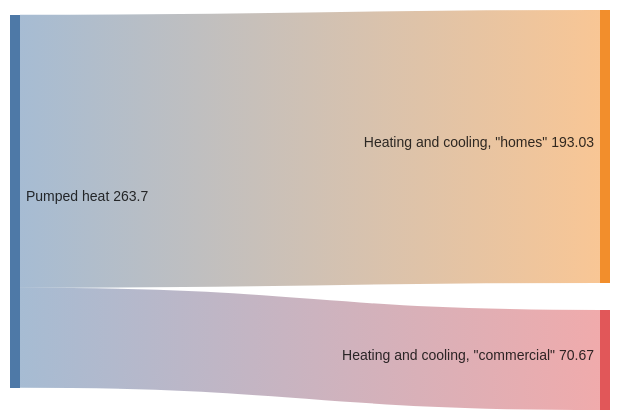
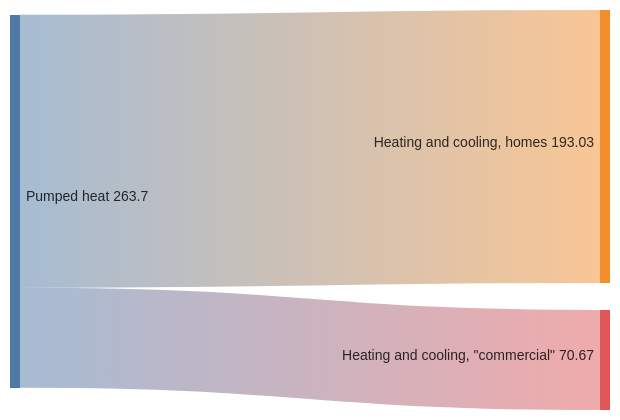
Before and after one commit to hgrabows/diagrammer-skills: the second of 4 diagrams in skills/diagrammer/specs/mermaid/sankeyDiagram.md, drawn with Mermaid. The commit also changed other lines of this file and 127 other files, not shown here.

First line of the commit message:
feat: audit all specs, add example gallery, fix PlantUML and Gantt rendering

````diff
--- a/skills/diagrammer/specs/mermaid/sankeyDiagram.md
+++ b/skills/diagrammer/specs/mermaid/sankeyDiagram.md
@@ -106,6 +66,6 @@
 ```mermaid
 sankey
 
-Pumped heat,"Heating and cooling, ""homes""",193.026
+Pumped heat,"Heating and cooling, homes",193.026
 Pumped heat,"Heating and cooling, ""commercial""",70.672
 ```
````
